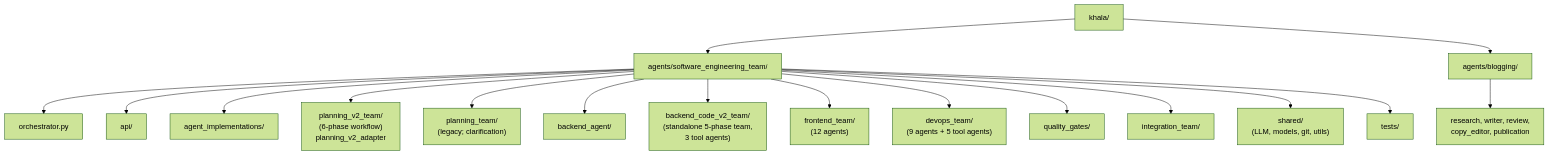
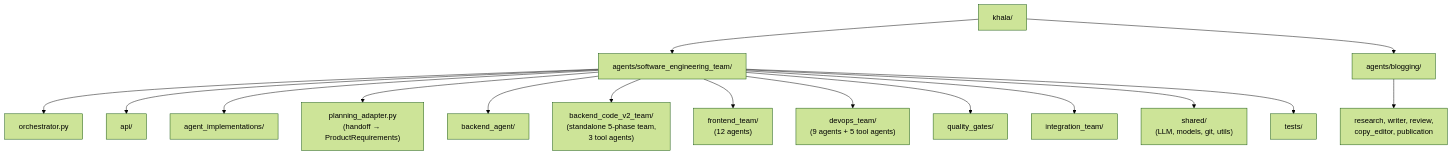
One commit to brandonkindred/Khala-Agentic-AI-Teams changed diagram 15 of 15 in docs/ARCHITECTURE.md. Above: the diagram before and after it, drawn with Mermaid (forest theme). The commit also changed other lines of this file and 217 other files, not shown here.

First line of the commit message:
Merge Planning V2 and V3 into a single "Planning" team (#1139)

````diff
--- a/docs/ARCHITECTURE.md
+++ b/docs/ARCHITECTURE.md
@@ -665,23 +664,22 @@
 ```mermaid
 flowchart TB
     Root["khala/"]
 
     Root --> SWTeam["agents/software_engineering_team/"]
     Root --> BlogTeam["agents/blogging/"]
 
     SWTeam --> swOrch["orchestrator.py"]
     SWTeam --> swAPI["api/"]
     SWTeam --> swCLI["agent_implementations/"]
-    SWTeam --> swPlanningV2["planning_v2_team/\n(6-phase workflow)\nplanning_v2_adapter"]
-    SWTeam --> swPlanning["planning_team/\n(legacy; clarification)"]
+    SWTeam --> swAdapter["planning_adapter.py\n(handoff → ProductRequirements)"]
     SWTeam --> swBackend["backend_agent/"]
     SWTeam --> swBackendV2["backend_code_v2_team/\n(standalone 5-phase team,\n3 tool agents)"]
     SWTeam --> swFrontend["frontend_team/\n(12 agents)"]
     SWTeam --> swDevops["devops_team/\n(9 agents + 5 tool agents)"]
     SWTeam --> swQuality["quality_gates/"]
     SWTeam --> swIntegration["integration_team/"]
     SWTeam --> swShared["shared/\n(LLM, models, git, utils)"]
     SWTeam --> swTests["tests/"]
 
     BlogTeam --> blogAgents["research, writer, review,\ncopy_editor, publication"]
 ```
````
